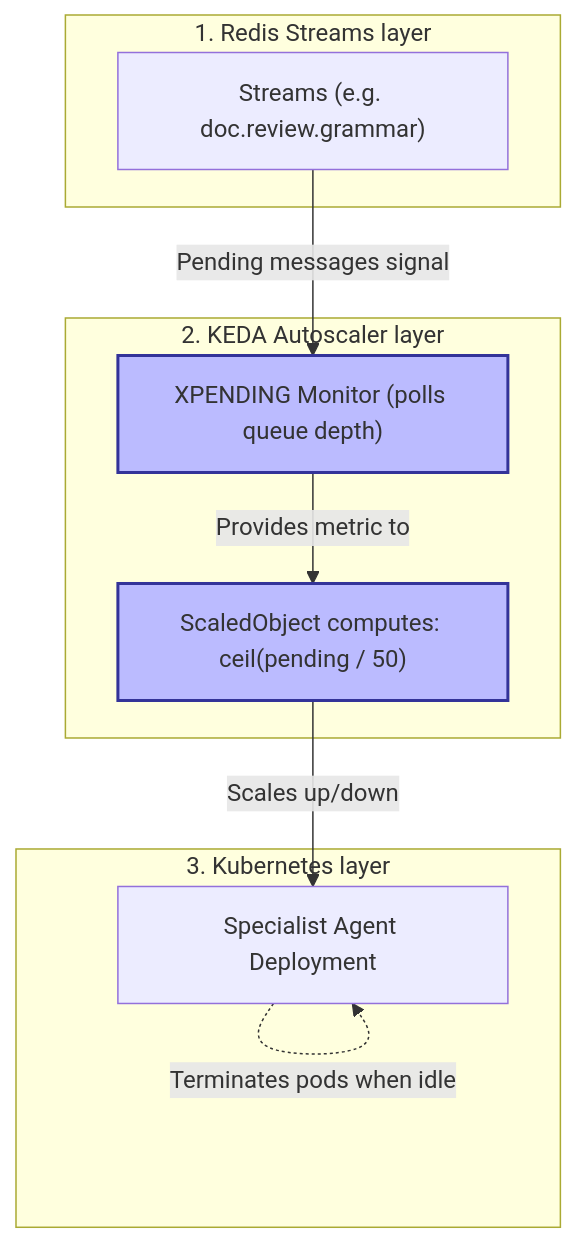
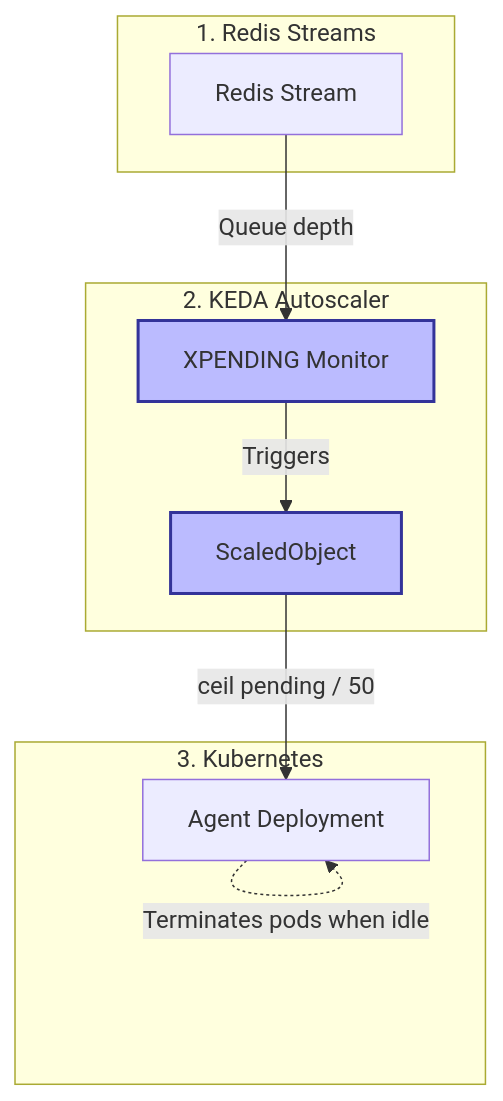
Before and after one commit to mehdi-mirzapour/agentic-mesh-tutorial: the third of 3 diagrams in README.md, drawn with Mermaid.

Commit message:
docs: shorten KEDA diagram labels to make node boxes compact and clean

````diff
--- a/README.md
+++ b/README.md
@@ -85,23 +85,23 @@
 ```mermaid
 graph TD
-    subgraph sg_redis [1. Redis Streams layer]
-        R["Streams (e.g. doc.review.grammar)"]
+    subgraph sg_redis [1. Redis Streams]
+        R[Redis Stream]
     end
 
-    subgraph sg_keda [2. KEDA Autoscaler layer]
-        XP["XPENDING Monitor (polls queue depth)"]
-        KS["ScaledObject computes: ceil(pending / 50)"]
+    subgraph sg_keda [2. KEDA Autoscaler]
+        XP[XPENDING Monitor]
+        KS[ScaledObject]
     end
 
-    subgraph sg_k8s [3. Kubernetes layer]
-        D["Specialist Agent Deployment"]
+    subgraph sg_k8s [3. Kubernetes]
+        D[Agent Deployment]
     end
 
-    R -->|Pending messages signal| XP
-    XP -->|Provides metric to| KS
-    KS -->|Scales up/down| D
+    R -->|Queue depth| XP
+    XP -->|Triggers| KS
+    KS -->|ceil pending / 50| D
     D -.->|Terminates pods when idle| D
 
     style KS fill:#bbf,stroke:#339,stroke-width:2px
     style XP fill:#bbf,stroke:#339,stroke-width:2px
 ```
````
